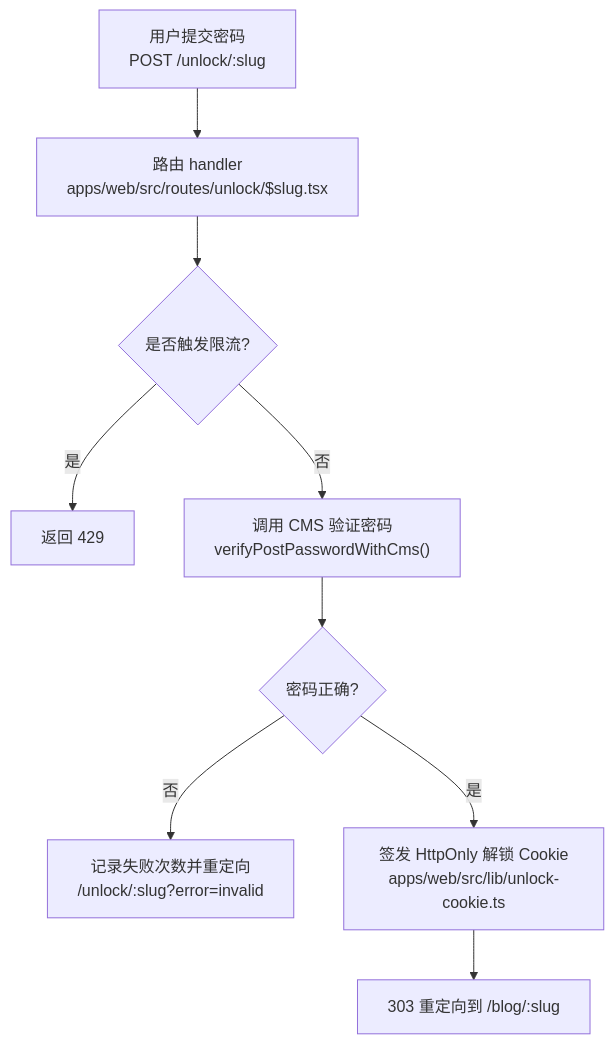
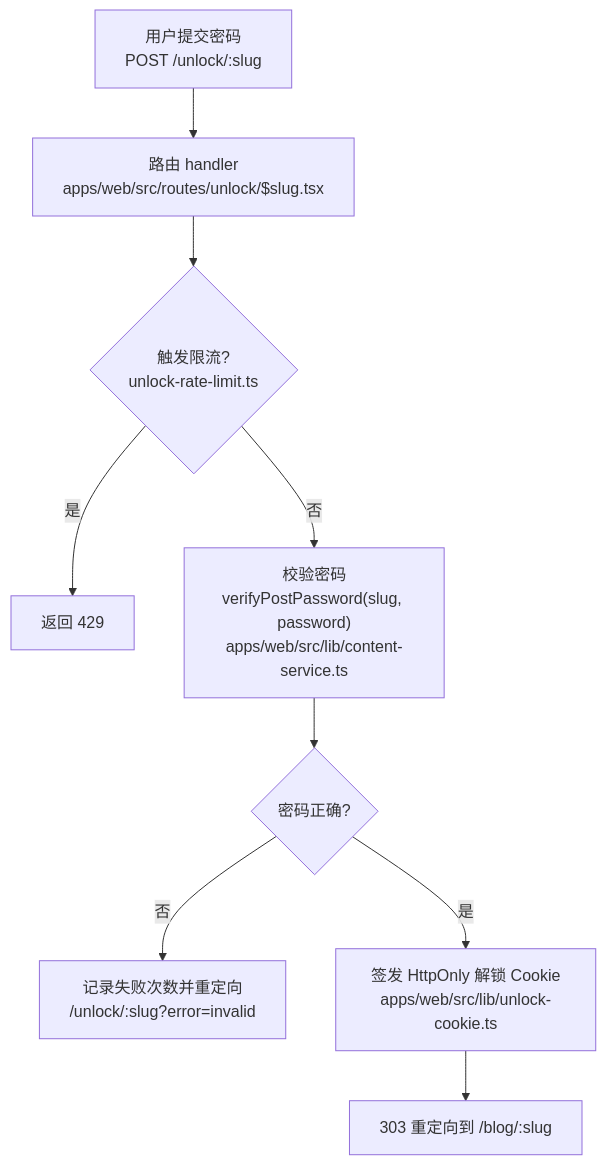
Before and after one commit to PerfectPan/blog: the second of 2 diagrams in docs/request-flow.md, drawn with Mermaid. The commit also changed other lines of this file and 11 other files, not shown here.

````diff
--- a/docs/request-flow.md
+++ b/docs/request-flow.md
@@ -25,11 +25,11 @@
 ```mermaid
 flowchart TD
   A["用户提交密码<br/>POST /unlock/:slug"] --> B["路由 handler<br/>apps/web/src/routes/unlock/$slug.tsx"]
-  B --> C{"是否触发限流?"}
+  B --> C{"触发限流?<br/>unlock-rate-limit.ts"}
   C -- "是" --> D["返回 429"]
-  C -- "否" --> E["调用 CMS 验证密码<br/>verifyPostPasswordWithCms()"]
+  C -- "否" --> E["校验密码<br/>verifyPostPassword(slug, password)<br/>apps/web/src/lib/content-service.ts"]
   E --> F{"密码正确?"}
   F -- "否" --> G["记录失败次数并重定向<br/>/unlock/:slug?error=invalid"]
   F -- "是" --> H["签发 HttpOnly 解锁 Cookie<br/>apps/web/src/lib/unlock-cookie.ts"]
   H --> I["303 重定向到 /blog/:slug"]
 ```
````
